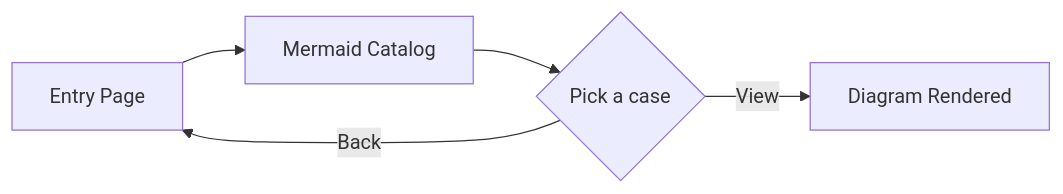
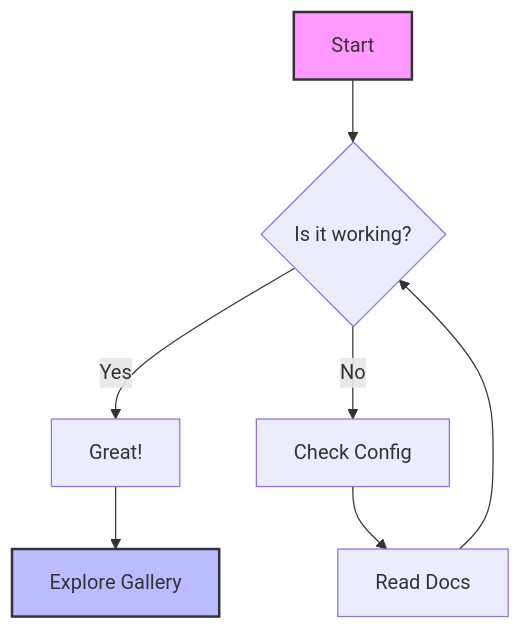
One commit to andy820621/nuxt-content-mermaid changed the diagram in playground/content/index.md. Above: the diagram before and after it, drawn with Mermaid. The commit also changed other lines of this file and 6 other files, not shown here.

Commit message:
feat(playground): enhance layout and styling of Mermaid Playground, add new class diagrams

````diff
--- a/playground/content/index.md
+++ b/playground/content/index.md
@@ -27,7 +21,11 @@
 ```mermaid
-graph LR
-  A[Entry Page] --> B[Mermaid Catalog]
-  B --> C{Pick a case}
-  C -->|View| D[Diagram Rendered]
-  C -->|Back| A
+graph TD
+    A[Start] --> B{Is it working?}
+    B -->|Yes| C[Great!]
+    B -->|No| D[Check Config]
+    C --> E[Explore Gallery]
+    D --> F[Read Docs]
+    F --> B
+    style A fill:#f9f,stroke:#333,stroke-width:2px
+    style E fill:#bbf,stroke:#333,stroke-width:2px
 ```
````
